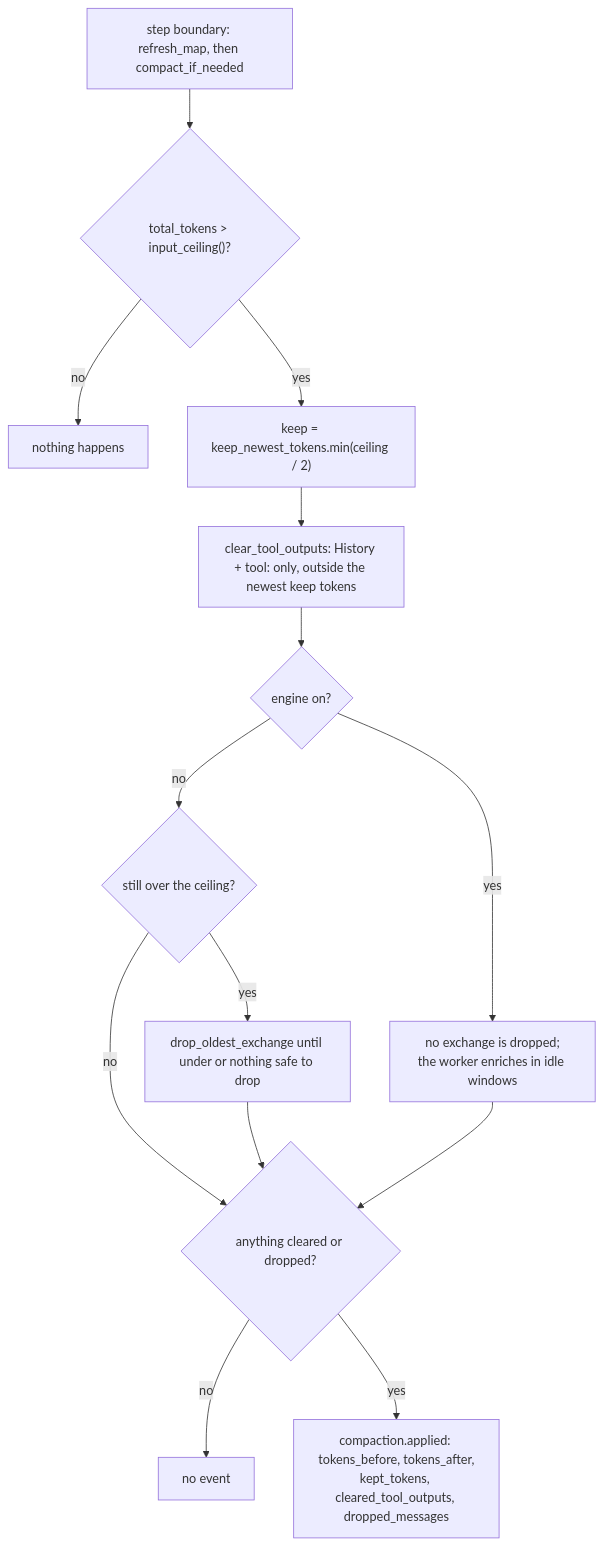
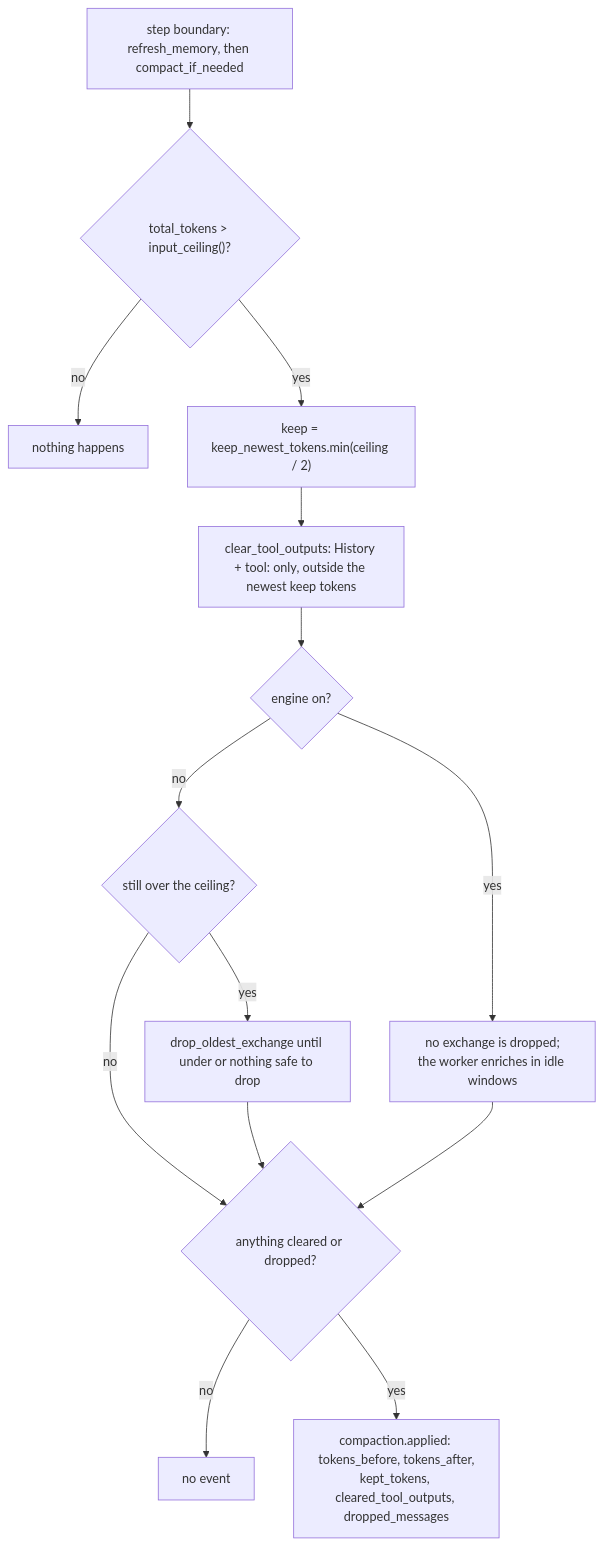
Before and after one commit to fengchangfight/loongagent: the diagram in docs/design/flows/context-compaction.md, drawn with Mermaid. The commit also changed other lines of this file and 6 other files, not shown here.

````diff
--- a/docs/design/flows/context-compaction.md
+++ b/docs/design/flows/context-compaction.md
@@ -58,16 +58,16 @@
 ```mermaid
 flowchart TD
-    A["step boundary: refresh_map, then compact_if_needed"] --> B{"total_tokens > input_ceiling()?"}
+    A["step boundary: refresh_memory, then compact_if_needed"] --> B{"total_tokens > input_ceiling()?"}
     B -- no --> Z["nothing happens"]
     B -- yes --> K["keep = keep_newest_tokens.min(ceiling / 2)"]
     K --> C["clear_tool_outputs: History + tool: only, outside the newest keep tokens"]
     C --> D{"engine on?"}
     D -- yes --> Y["no exchange is dropped;<br/>the worker enriches in idle windows"]
     D -- no --> E{"still over the ceiling?"}
     E -- yes --> F["drop_oldest_exchange until under or nothing safe to drop"]
     E -- no --> CHG{"anything cleared or dropped?"}
     F --> CHG
     Y --> CHG
     CHG -- no --> Z2["no event"]
     CHG -- yes --> EV["compaction.applied: tokens_before, tokens_after,<br/>kept_tokens, cleared_tool_outputs, dropped_messages"]
 ```
````
